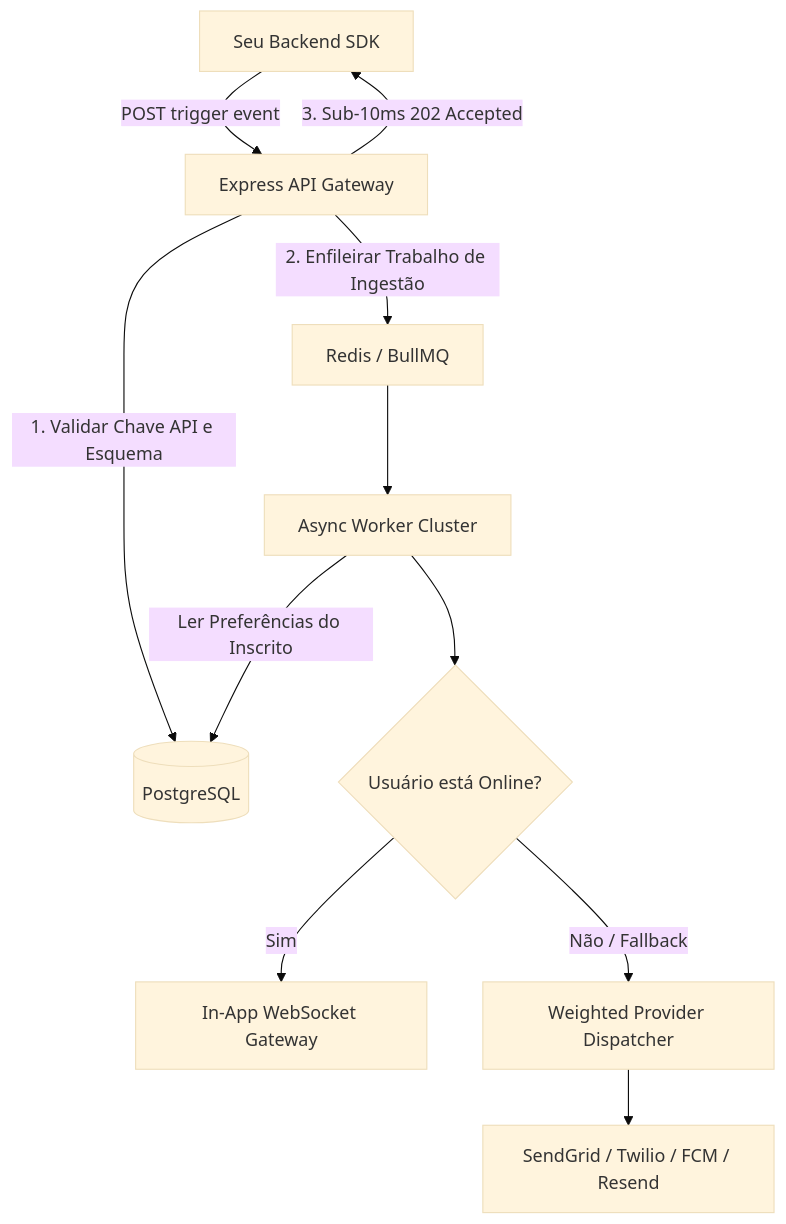
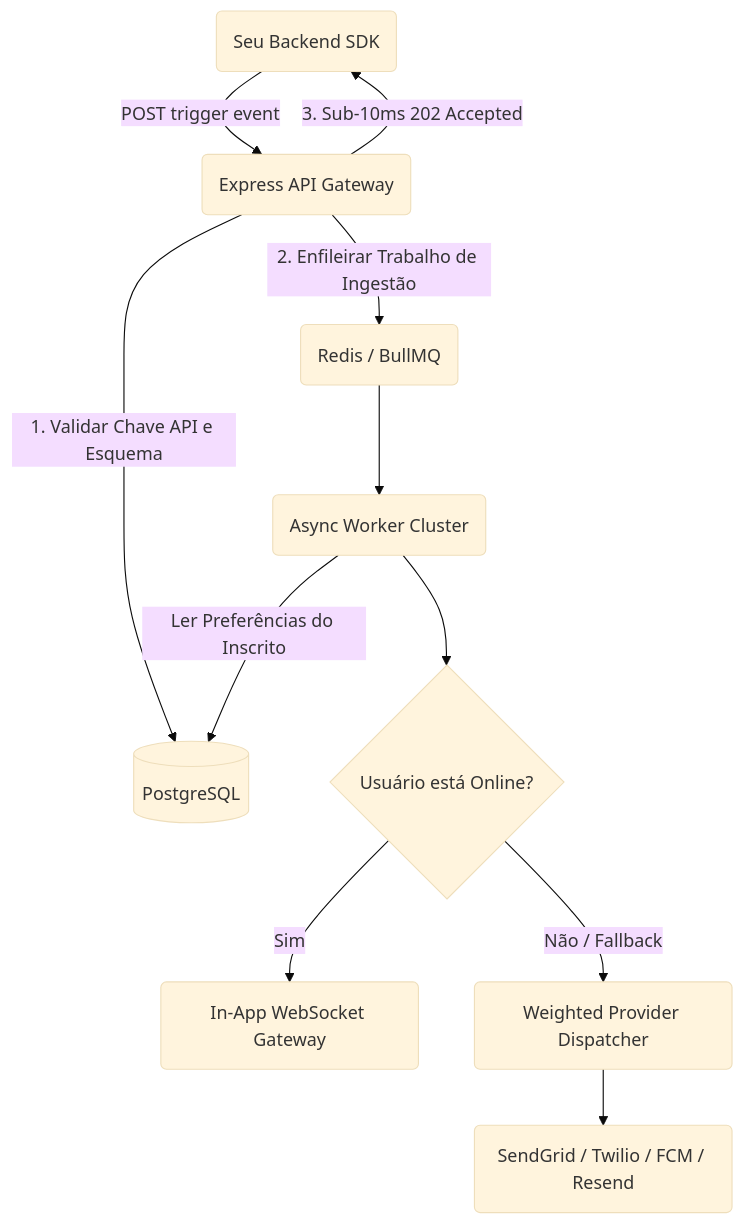
Before and after one commit to KriyanshKhunt/nexus_docs: the diagram in content/docs/pt/platform/index.mdx, drawn with Mermaid (base theme). The commit also changed 20 other files, not shown here.

Commit message:
Handle pt Mermaid charts

````diff
--- a/content/docs/pt/platform/index.mdx
+++ b/content/docs/pt/platform/index.mdx
@@ -87,13 +87,13 @@
 ```mermaid
 flowchart TD
-    App[Seu Backend SDK] -->|POST trigger event| API[Express API Gateway]
+    App(Seu Backend SDK) -->|POST trigger event| API(Express API Gateway)
     API -->|1. Validar Chave API e Esquema| DB[(PostgreSQL)]
-    API -->|2. Enfileirar Trabalho de Ingestão| Q[Redis / BullMQ]
+    API -->|2. Enfileirar Trabalho de Ingestão| Q(Redis / BullMQ)
     API -->|3. Sub-10ms 202 Accepted| App
-    Q --> Worker[Async Worker Cluster]
+    Q --> Worker(Async Worker Cluster)
     Worker -->|Ler Preferências do Inscrito| DB
     Worker --> Presence{Usuário está Online?}
-    Presence -->|Sim| InApp[In-App WebSocket Gateway]
-    Presence -->|Não / Fallback| Carriers[Weighted Provider Dispatcher]
-    Carriers --> CarrierAPIs[SendGrid / Twilio / FCM / Resend]
+    Presence -->|Sim| InApp(In-App WebSocket Gateway)
+    Presence -->|Não / Fallback| Carriers(Weighted Provider Dispatcher)
+    Carriers --> CarrierAPIs(SendGrid / Twilio / FCM / Resend)
 ```
````
